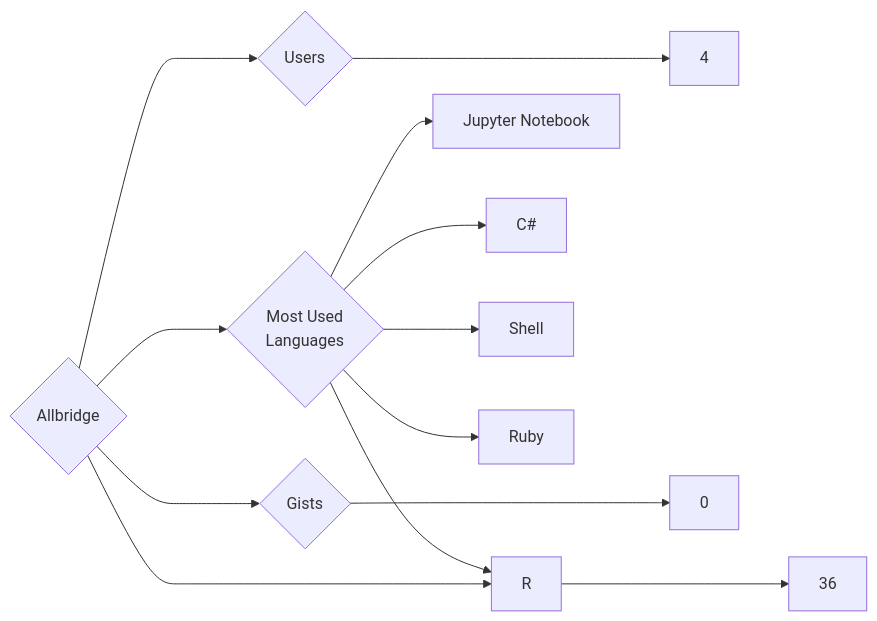
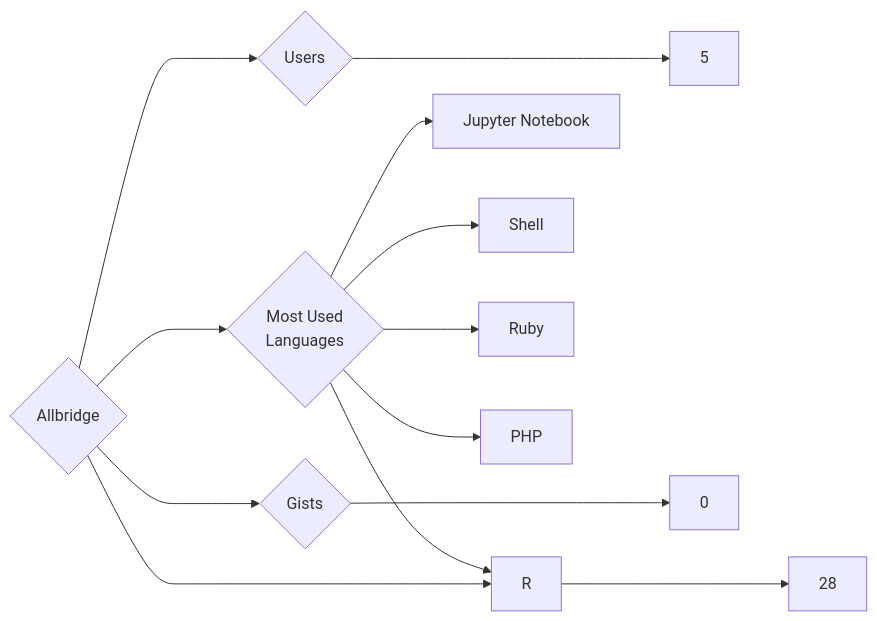
The diagram in targets/Allbridge/README.md (trickest/insiders), drawn with Mermaid before and after one commit. The commit also changed 1167 other files, not shown here.

````diff
--- a/targets/Allbridge/README.md
+++ b/targets/Allbridge/README.md
@@ -3,13 +3,13 @@
 ```mermaid
 graph LR
 COMPANY_NAME{Allbridge}
-COMPANY_NAME ---> U{Users} ---> UN[4]
-COMPANY_NAME ---> R{Repositories} ---> RN[36]
+COMPANY_NAME ---> U{Users} ---> UN[5]
+COMPANY_NAME ---> R{Repositories} ---> RN[28]
 COMPANY_NAME ---> G{Gists} ---> GN[0]
 COMPANY_NAME ---> ML{Most Used<br>Languages}
 ML --> Jupyter_Notebook[Jupyter Notebook]
-ML --> C#[C#]
 ML --> Shell[Shell]
 ML --> Ruby[Ruby]
 ML --> R[R]
+ML --> PHP[PHP]
 ```
````
